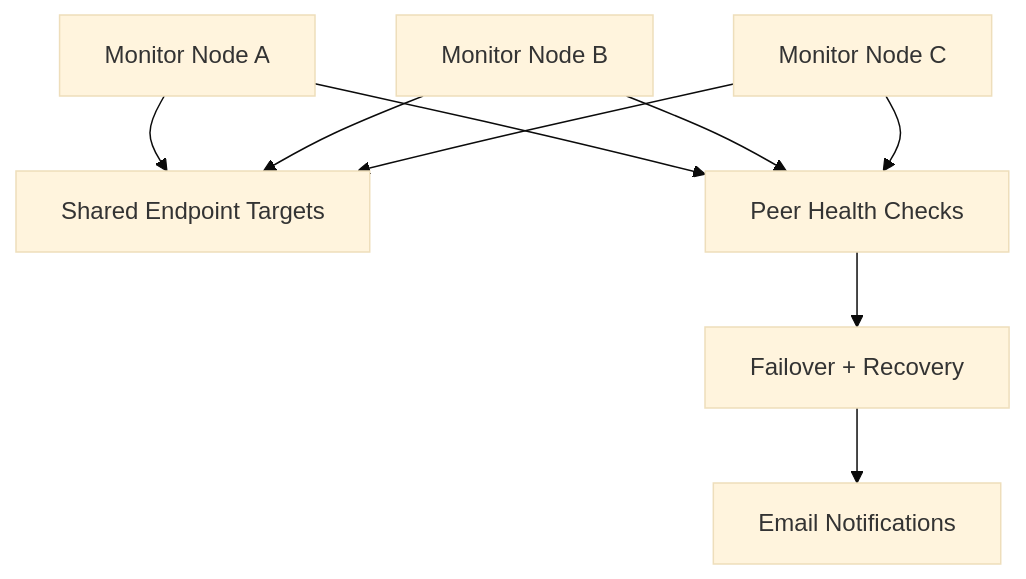
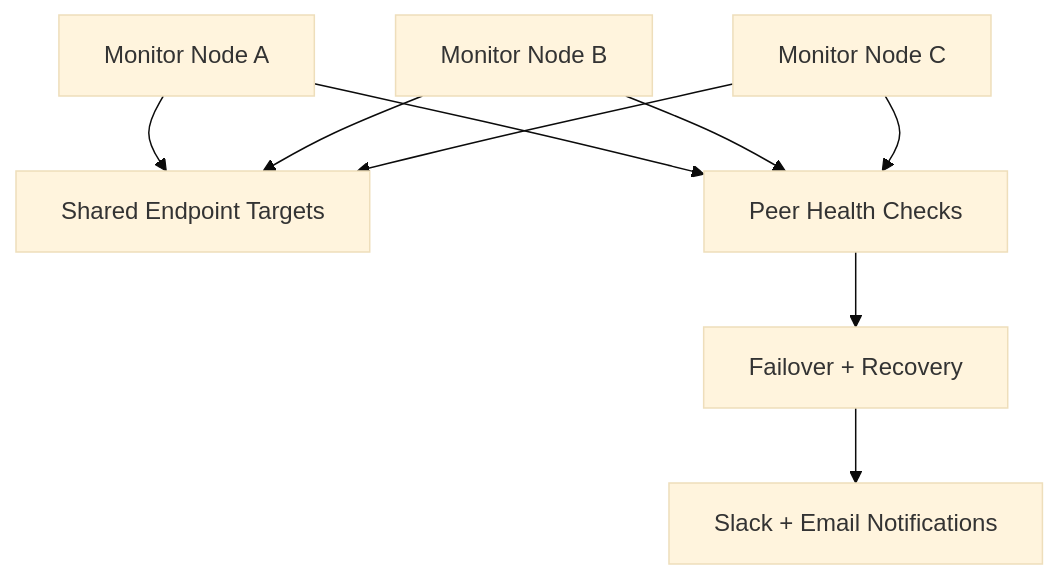
One commit to CoreyW-git/async-service-monitor changed the second of 3 diagrams in README.md. Above: the diagram before and after it, drawn with Mermaid (base theme). The commit also changed 14 other files, not shown here.

````diff
--- a/README.md
+++ b/README.md
@@ -35,11 +35,11 @@
 ```mermaid
 flowchart TD
     A["Monitor Node A"] --> D["Shared Endpoint Targets"]
     B["Monitor Node B"] --> D
     C["Monitor Node C"] --> D
     A --> E["Peer Health Checks"]
     B --> E
     C --> E
     E --> F["Failover + Recovery"]
-    F --> G["Email Notifications"]
+    F --> G["Slack + Email Notifications"]
 ```
````
